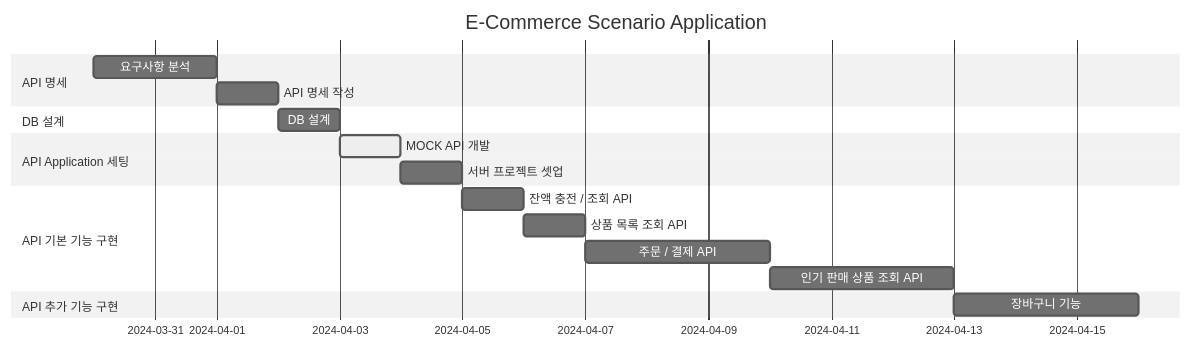
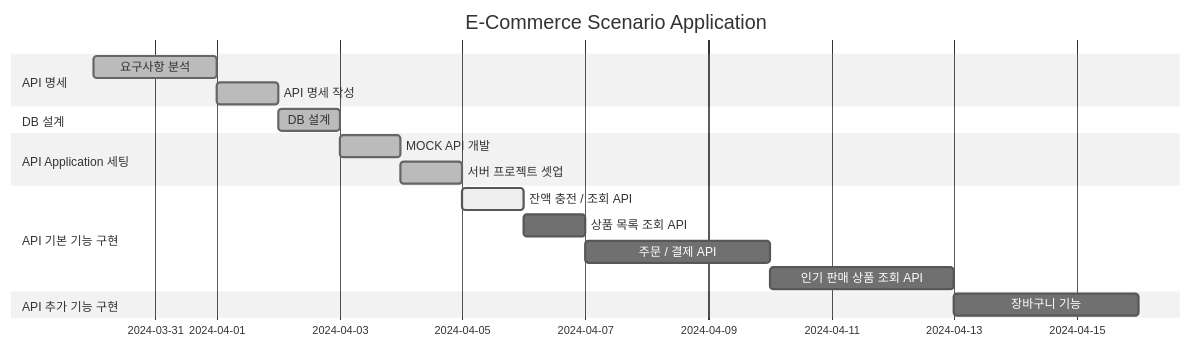
One commit to newbieJanghan/hh_plus_server changed the first of 2 diagrams in README.md. Above: the diagram before and after it, drawn with Mermaid (neutral theme). The commit also changed other lines of this file and 3 other files, not shown here.

Commit message:
Docs: Sequence flow chart

````diff
--- a/README.md
+++ b/README.md
@@ -3,20 +3,20 @@
 ```mermaid
 gantt
     title E-Commerce Scenario Application
     dateFormat YYYY-MM-DD
     section API 명세
-        요구사항 분석: Done, 2024-03-30, 2024-04-01
-        API 명세 작성: Done, 2024-04-01, 2024-04-02
+        요구사항 분석: done, 2024-03-30, 2024-04-01
+        API 명세 작성: done, 2024-04-01, 2024-04-02
     section DB 설계
-        DB 설계: Done, 2024-04-02, 2024-04-03
+        DB 설계: done, 2024-04-02, 2024-04-03
     section API Application 세팅
-        MOCK API 개발: active, 2024-04-03, 2024-04-04
-        서버 프로젝트 셋업: future, 2024-04-04, 2024-04-05
+        MOCK API 개발: done, 2024-04-03, 2024-04-04
+        서버 프로젝트 셋업: done, 2024-04-04, 2024-04-05
     section API 기본 기능 구현
-        잔액 충전 / 조회 API: future, 2024-04-05, 2024-04-06
+        잔액 충전 / 조회 API: active, 2024-04-05, 2024-04-06
         상품 목록 조회 API: future, 2024-04-06, 2024-04-07
         주문 / 결제 API: future, 2024-04-07, 2024-04-10
         인기 판매 상품 조회 API: future, 2024-04-10, 2024-04-13
     section API 추가 기능 구현
         장바구니 기능: future, 2024-04-13, 2024-04-16
 ```
````
